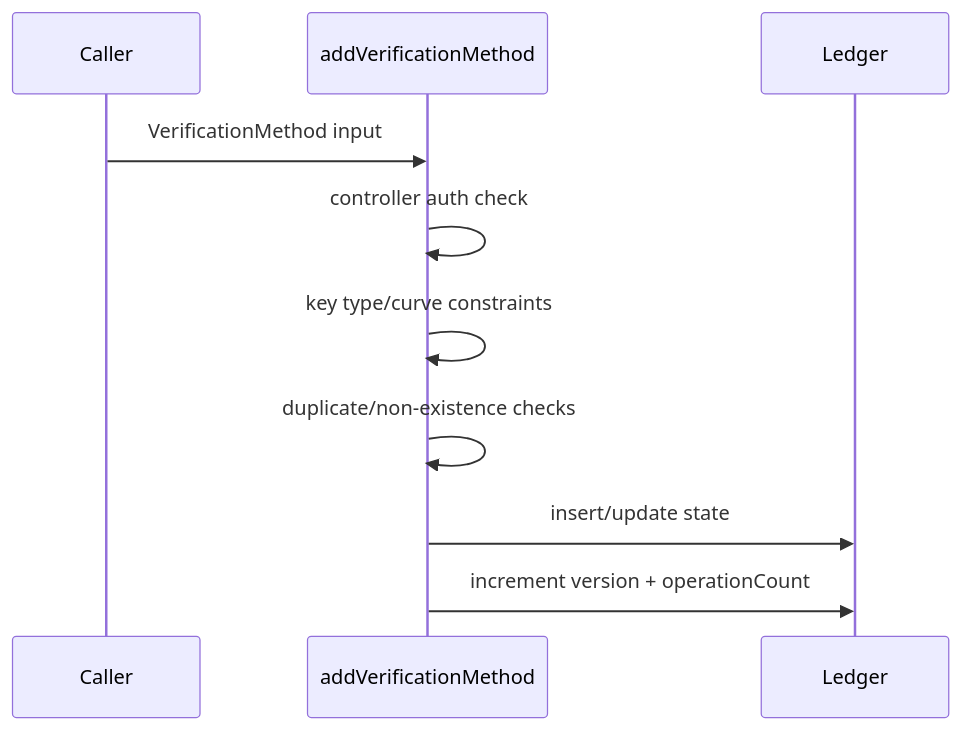
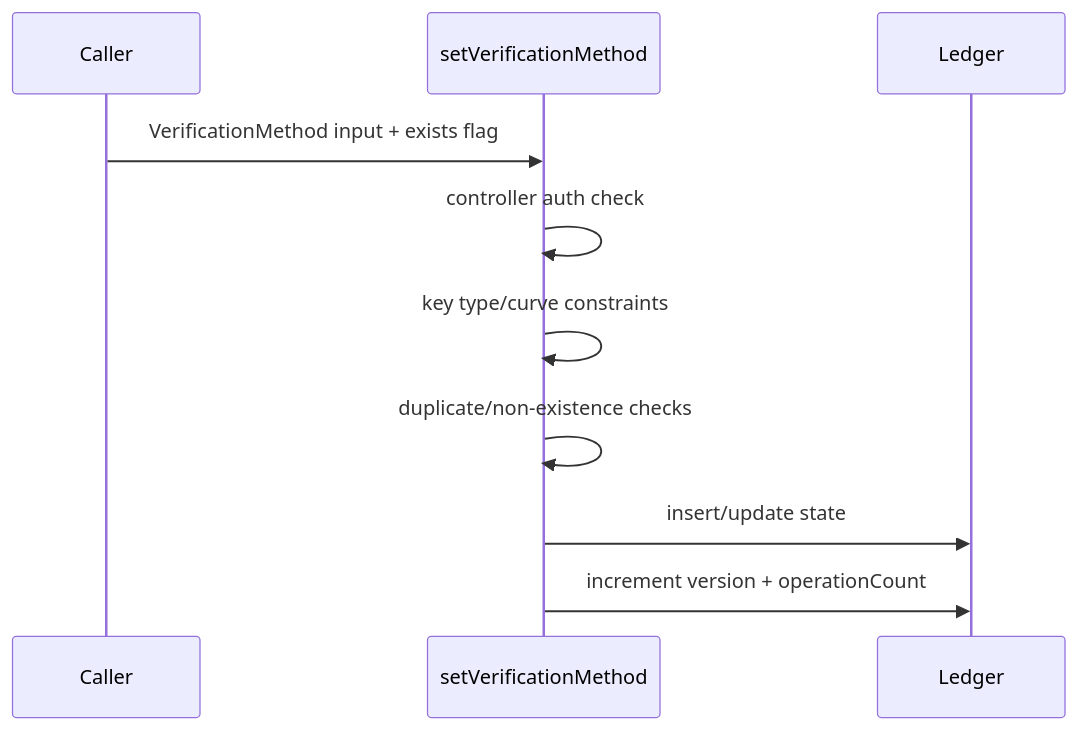
Before and after one commit to midnightntwrk/midnight-did: the second of 3 diagrams in packages/contract/README.md, drawn with Mermaid. The commit also changed other lines of this file and 28 other files, not shown here.

Commit message:
feat: redesign DID verification method storage

````diff
--- a/packages/contract/README.md
+++ b/packages/contract/README.md
@@ -26,13 +25,13 @@
 ```mermaid
 sequenceDiagram
   participant Caller
-  participant Circuit as addVerificationMethod
+  participant Circuit as setVerificationMethod
   participant Ledger
 
-  Caller->>Circuit: VerificationMethod input
+  Caller->>Circuit: VerificationMethod input + exists flag
   Circuit->>Circuit: controller auth check
   Circuit->>Circuit: key type/curve constraints
   Circuit->>Circuit: duplicate/non-existence checks
   Circuit->>Ledger: insert/update state
   Circuit->>Ledger: increment version + operationCount
 ```
````
